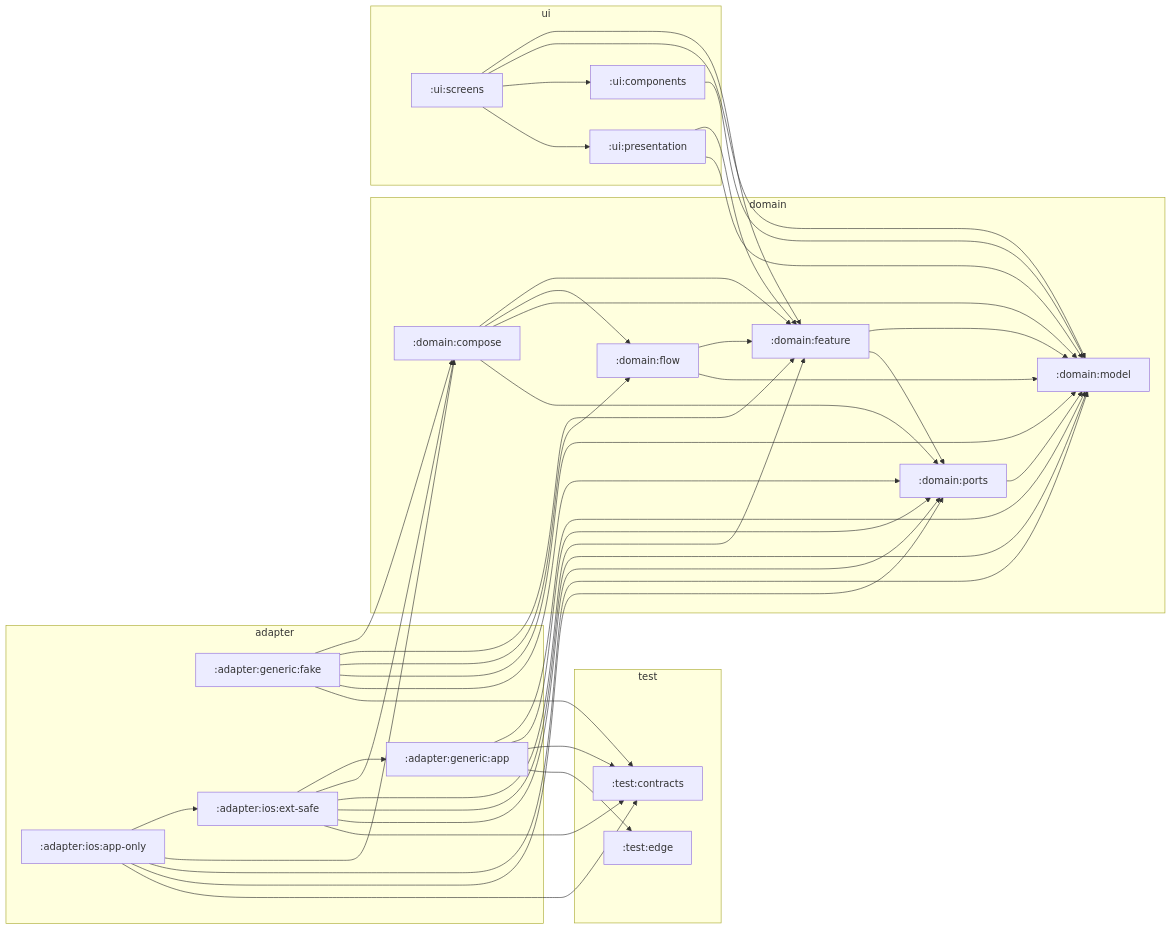
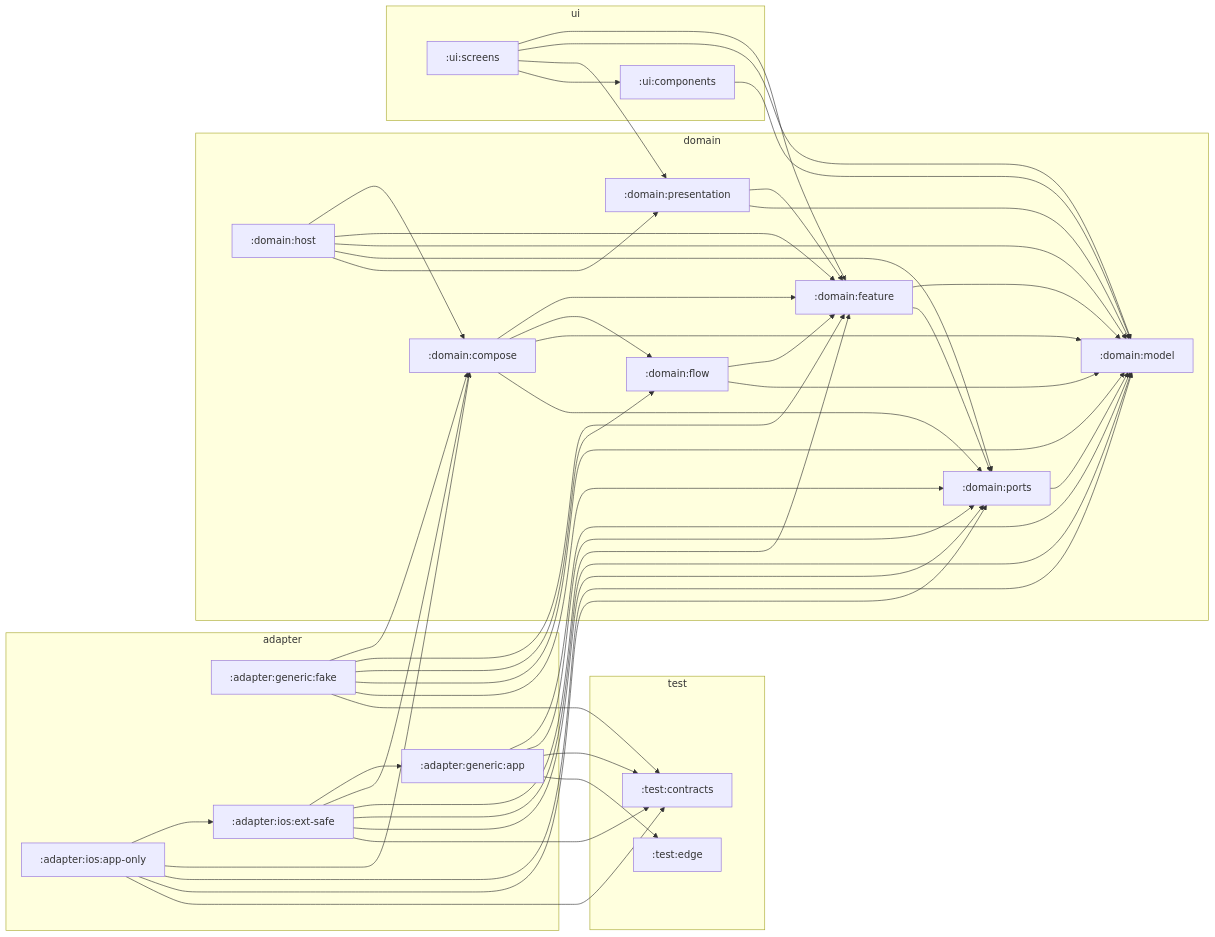
The diagram in architecture/zones.md (stefanhoelzl/SnapSync), drawn with Mermaid before and after one commit. The commit also changed 6 other files, not shown here.

Commit message:
internal(architecture-diagrams): regenerate for the two new zones; update the module map

````diff
--- a/architecture/zones.md
+++ b/architecture/zones.md
@@ -8,62 +8,68 @@
 ```mermaid
 flowchart LR
   subgraph adapter
     adapter_generic_app[":adapter:generic:app"]
     adapter_generic_fake[":adapter:generic:fake"]
     adapter_ios_app_only[":adapter:ios:app-only"]
     adapter_ios_ext_safe[":adapter:ios:ext-safe"]
   end
   subgraph domain
     domain_compose[":domain:compose"]
     domain_feature[":domain:feature"]
     domain_flow[":domain:flow"]
+    domain_host[":domain:host"]
     domain_model[":domain:model"]
     domain_ports[":domain:ports"]
+    domain_presentation[":domain:presentation"]
   end
   subgraph test
     test_contracts[":test:contracts"]
     test_edge[":test:edge"]
   end
   subgraph ui
     ui_components[":ui:components"]
-    ui_presentation[":ui:presentation"]
     ui_screens[":ui:screens"]
   end
   adapter_generic_app --> domain_model
   adapter_generic_app --> domain_ports
   adapter_generic_app --> test_contracts
   adapter_generic_app --> test_edge
   adapter_generic_fake --> domain_compose
   adapter_generic_fake --> domain_feature
   adapter_generic_fake --> domain_flow
   adapter_generic_fake --> domain_model
   adapter_generic_fake --> domain_ports
   adapter_generic_fake --> test_contracts
   adapter_ios_app_only --> adapter_ios_ext_safe
   adapter_ios_app_only --> domain_compose
   adapter_ios_app_only --> domain_model
   adapter_ios_app_only --> domain_ports
   adapter_ios_app_only --> test_contracts
   adapter_ios_ext_safe --> adapter_generic_app
   adapter_ios_ext_safe --> domain_compose
   adapter_ios_ext_safe --> domain_feature
   adapter_ios_ext_safe --> domain_model
   adapter_ios_ext_safe --> domain_ports
   adapter_ios_ext_safe --> test_contracts
   domain_compose --> domain_feature
   domain_compose --> domain_flow
   domain_compose --> domain_model
   domain_compose --> domain_ports
   domain_feature --> domain_model
   domain_feature --> domain_ports
   domain_flow --> domain_feature
   domain_flow --> domain_model
+  domain_host --> domain_compose
+  domain_host --> domain_feature
+  domain_host --> domain_model
+  domain_host --> domain_ports
+  domain_host --> domain_presentation
   domain_ports --> domain_model
+  domain_presentation --> domain_feature
+  domain_presentation --> domain_model
   ui_components --> domain_model
-  ui_presentation --> domain_feature
-  ui_presentation --> domain_model
   ui_screens --> domain_feature
   ui_screens --> domain_model
+  ui_screens --> domain_presentation
   ui_screens --> ui_components
-  ui_screens --> ui_presentation
 ```
````
